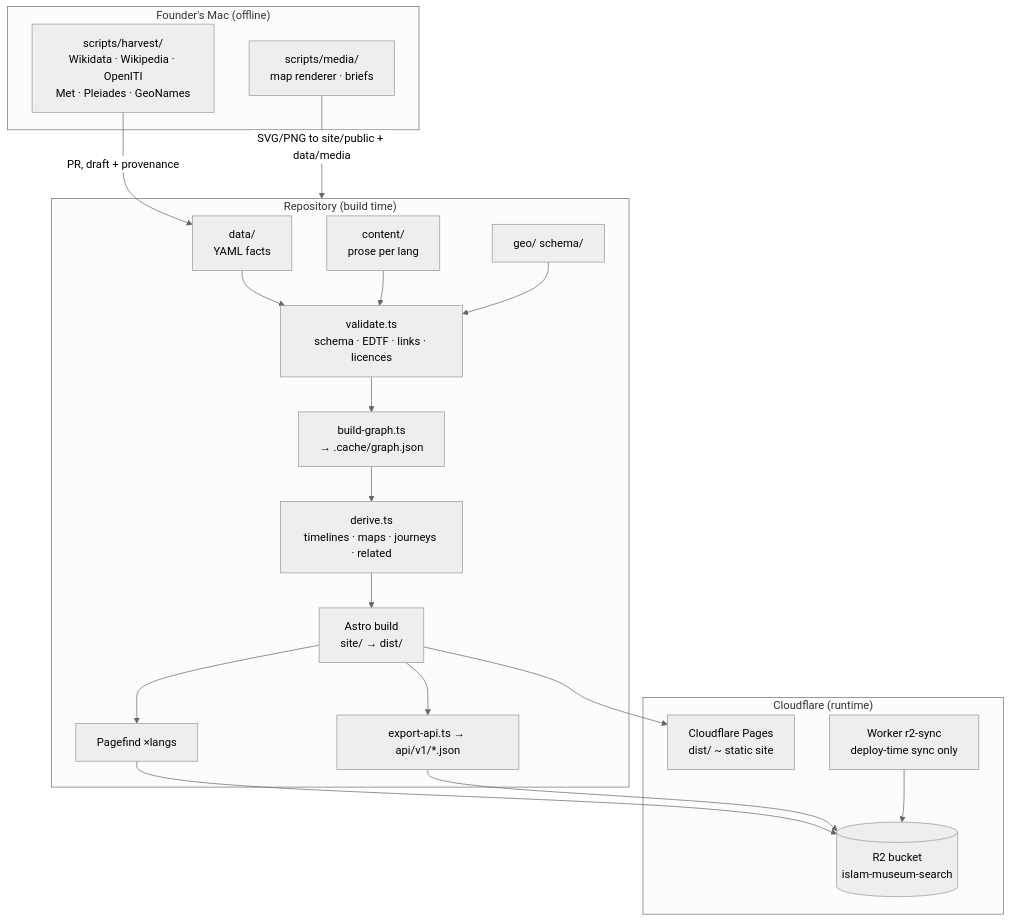
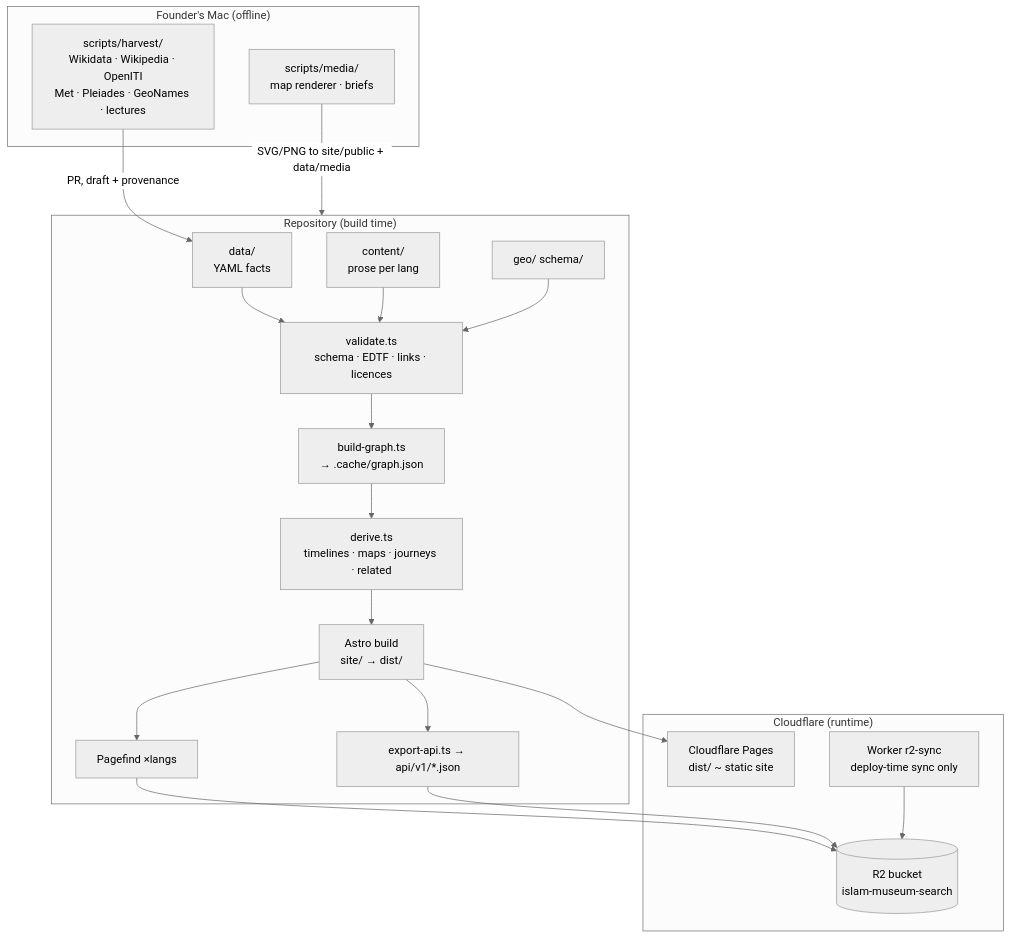
The second of 3 diagrams in docs/engineering/02-architecture.md (amado2k5/islam-museum), drawn with Mermaid (neutral theme) before and after one commit. The commit also changed 19 other files, not shown here.

````diff
--- a/docs/engineering/02-architecture.md
+++ b/docs/engineering/02-architecture.md
@@ -48,29 +48,29 @@
 ```mermaid
 flowchart TB
     subgraph Repo["Repository (build time)"]
         D[data/<br/>YAML facts] --> V[validate.ts<br/>schema · EDTF · links · licences]
         C[content/<br/>prose per lang] --> V
         G[geo/ schema/] --> V
         V --> BG[build-graph.ts<br/>→ .cache/graph.json]
         BG --> DR[derive.ts<br/>timelines · maps · journeys · related]
         DR --> ASTRO[Astro build<br/>site/ → dist/]
         ASTRO --> PF[Pagefind ×langs]
         ASTRO --> API[export-api.ts → api/v1/*.json]
     end
 
     subgraph Edge["Cloudflare (runtime)"]
         PF --> R2[(R2 bucket<br/>islam-museum-search)]
         API --> R2
         ASTRO --> CFP[Cloudflare Pages<br/>dist/ ~ static site]
         WORKER[Worker r2-sync<br/>deploy-time sync only]
     end
 
     subgraph Mac["Founder's Mac (offline)"]
-        H[scripts/harvest/<br/>Wikidata · Wikipedia · OpenITI<br/>Met · Pleiades · GeoNames]
+        H[scripts/harvest/<br/>Wikidata · Wikipedia · OpenITI<br/>Met · Pleiades · GeoNames · lectures]
         M[scripts/media/<br/>map renderer · briefs]
     end
 
     H -->|PR, draft + provenance| D
     M -->|SVG/PNG to site/public + data/media| Repo
     WORKER --> R2
 ```
````
